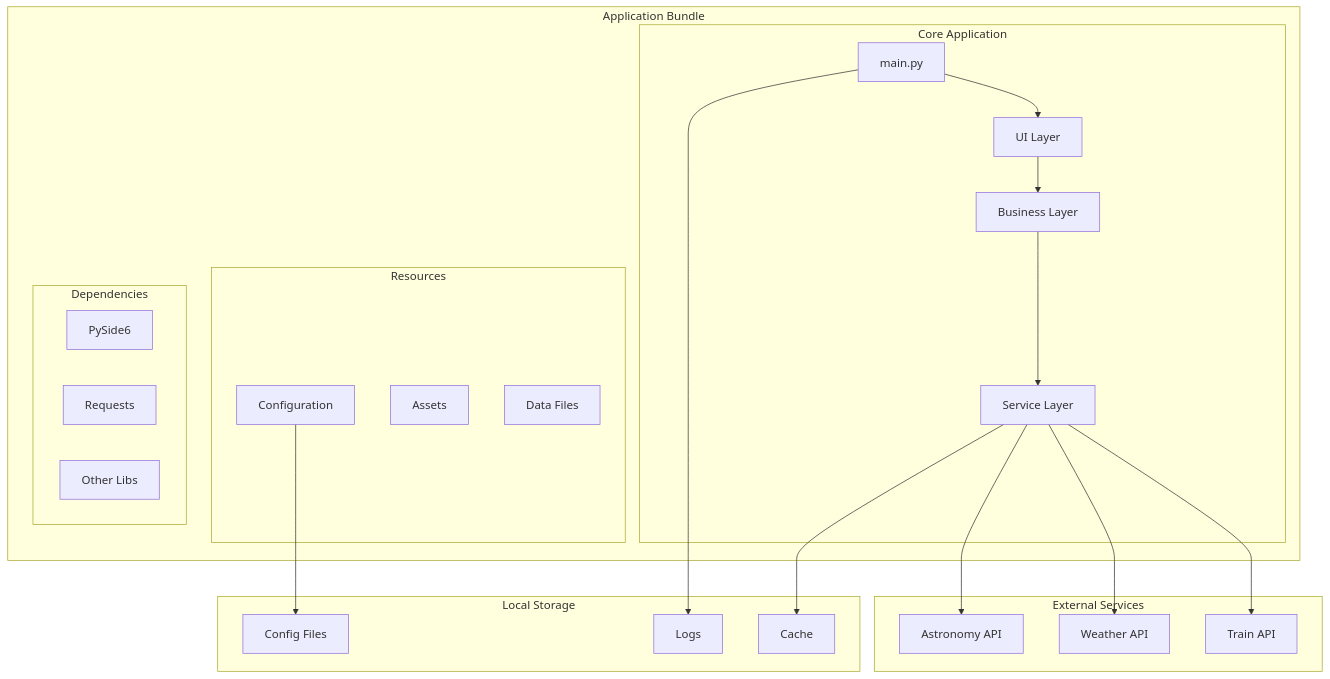
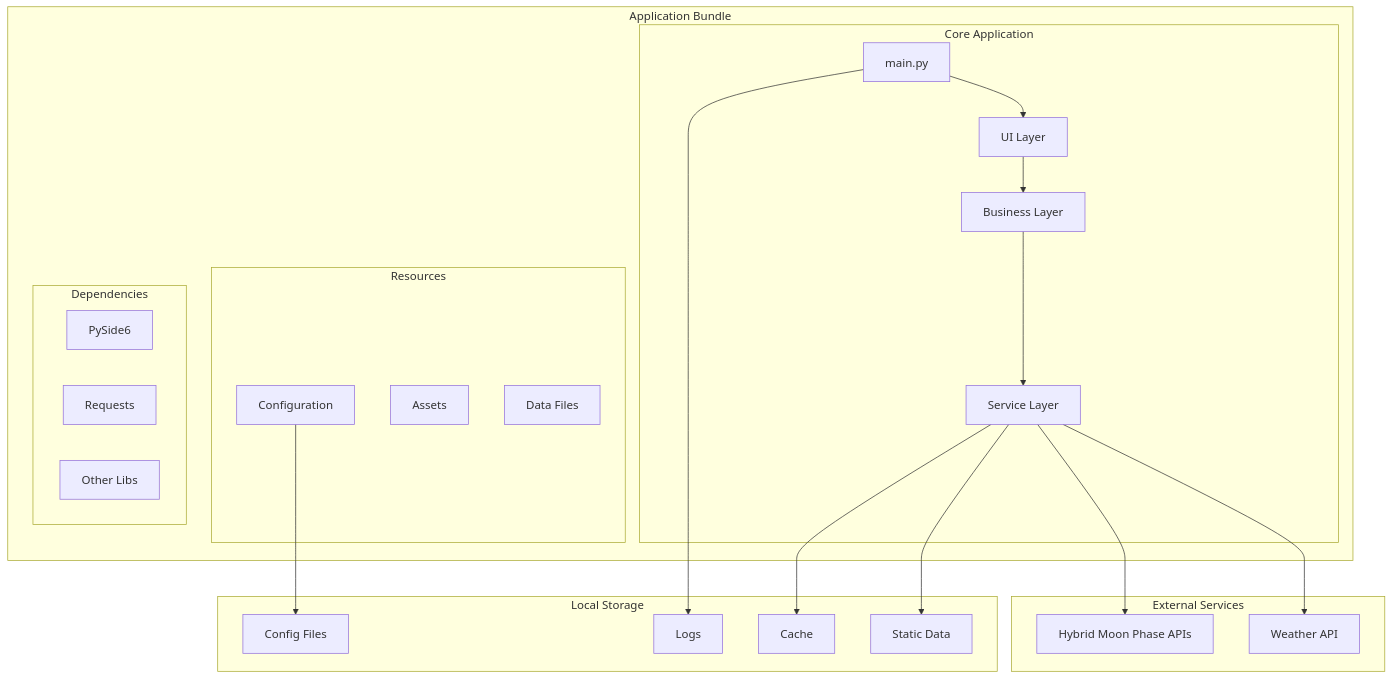
Before and after one commit to oernster/trainer: the sixth of 7 diagrams in docs/architecture.md, drawn with Mermaid. The commit also changed 19 other files, not shown here.

Commit message:
Hybrid API moon phasing solution for accuracy.

````diff
--- a/docs/architecture.md
+++ b/docs/architecture.md
@@ -254,45 +254,45 @@
 ```mermaid
 graph TB
     subgraph "Application Bundle"
         subgraph "Core Application"
             M[main.py]
             UI[UI Layer]
             BL[Business Layer]
             SL[Service Layer]
         end
         
         subgraph "Resources"
             C[Configuration]
             A[Assets]
             D[Data Files]
         end
         
         subgraph "Dependencies"
             P[PySide6]
             R[Requests]
             O[Other Libs]
         end
     end
     
     subgraph "External Services"
-        TA[Train API]
         WA[Weather API]
-        AA[Astronomy API]
+        HMA[Hybrid Moon Phase APIs]
     end
     
     subgraph "Local Storage"
         CF[Config Files]
         CA[Cache]
         L[Logs]
+        SD[Static Data]
     end
     
     M --> UI
     UI --> BL
     BL --> SL
-    SL --> TA
     SL --> WA
-    SL --> AA
+    SL --> HMA
+    SL --> SD
     C --> CF
     SL --> CA
     M --> L
 ```
````
